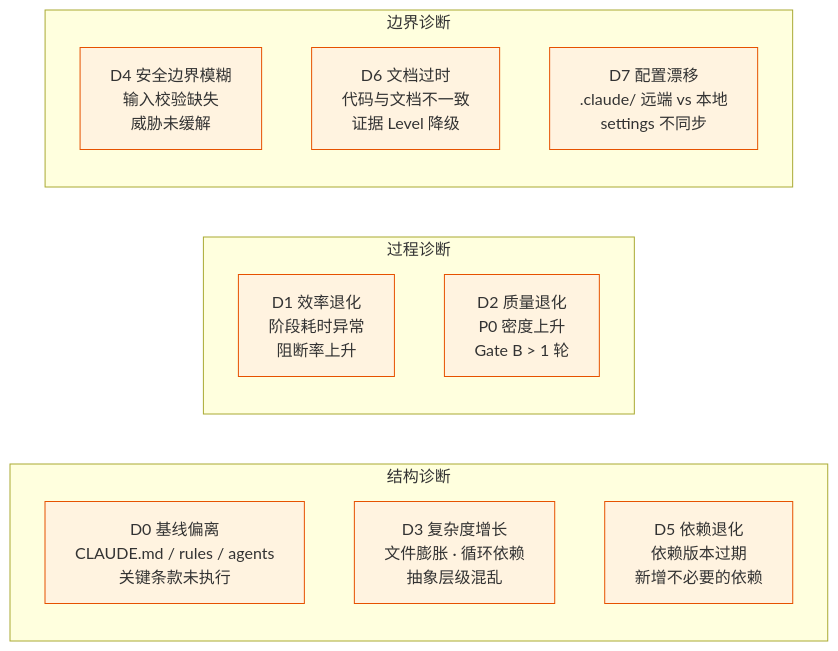
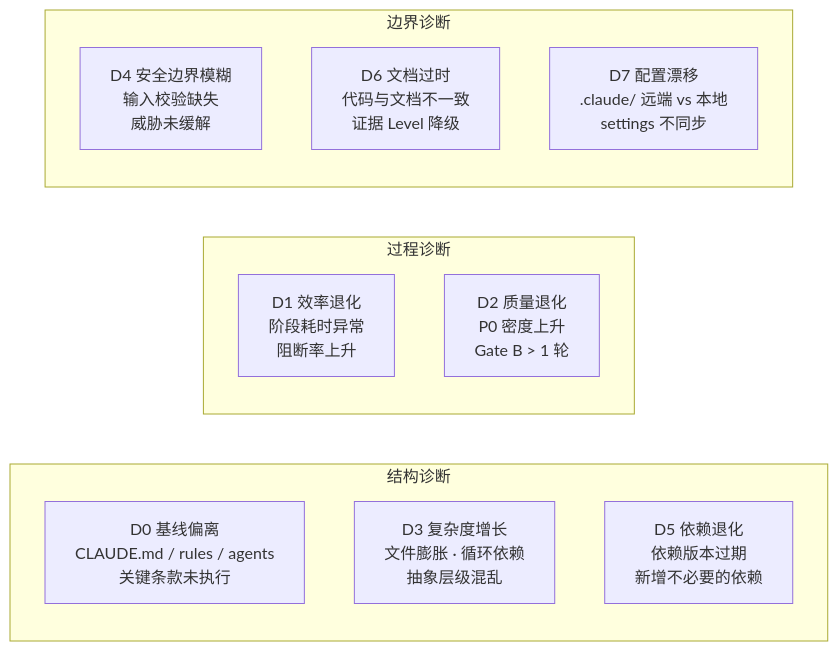
Before and after one commit to effiy/YrY: the third of 6 diagrams in agents/self-improve.md, drawn with Mermaid. The commit also changed other lines of this file and 9 other files, not shown here.

````diff
--- a/agents/self-improve.md
+++ b/agents/self-improve.md
@@ -106,19 +98,18 @@
 ```mermaid
 flowchart LR
     subgraph 结构["结构诊断"]
         D0["D0 基线偏离<br/>CLAUDE.md / rules / agents<br/>关键条款未执行"]:::diag
         D3["D3 复杂度增长<br/>文件膨胀 · 循环依赖<br/>抽象层级混乱"]:::diag
         D5["D5 依赖退化<br/>依赖版本过期<br/>新增不必要的依赖"]:::diag
     end
     subgraph 过程["过程诊断"]
         D1["D1 效率退化<br/>阶段耗时异常<br/>阻断率上升"]:::diag
         D2["D2 质量退化<br/>P0 密度上升<br/>Gate B > 1 轮"]:::diag
     end
     subgraph 边界["边界诊断"]
         D4["D4 安全边界模糊<br/>输入校验缺失<br/>威胁未缓解"]:::diag
         D6["D6 文档过时<br/>代码与文档不一致<br/>证据 Level 降级"]:::diag
         D7["D7 配置漂移<br/>.claude/ 远端 vs 本地<br/>settings 不同步"]:::diag
     end
 
-    classDef diag fill:#fff3e0,stroke:#e65100;
 ```
````
